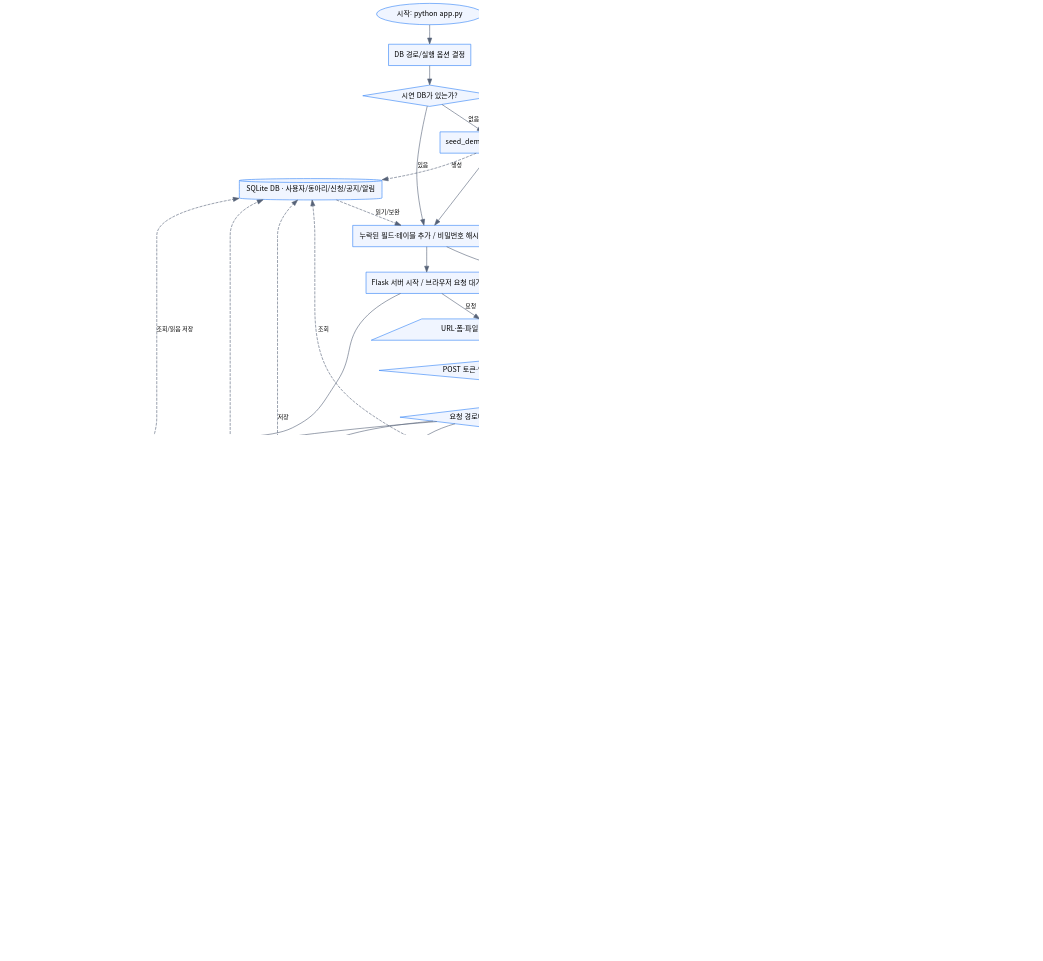
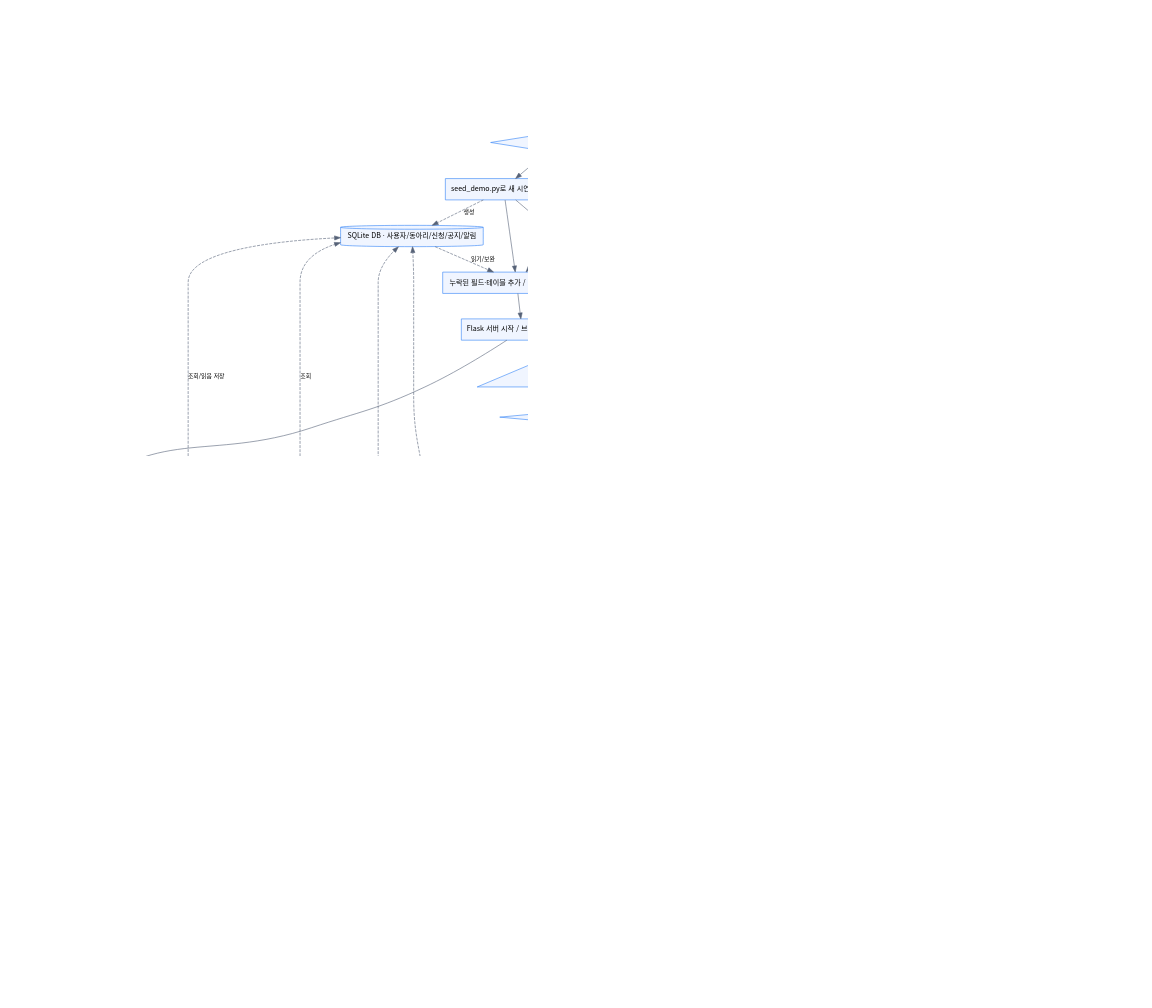
One commit to jongjong123alt/testest changed the diagram in projects/kdu-club/submission/01_flowchart/flowchart.dot. Above: the diagram before and after it, drawn with Graphviz. The commit also changed 31 other files, not shown here.

```diff
--- a/projects/kdu-club/submission/01_flowchart/flowchart.dot
+++ b/projects/kdu-club/submission/01_flowchart/flowchart.dot
@@ -1,88 +1,103 @@
 digraph flow {
 graph [label="실선: 제어 흐름 / 점선: 데이터 조회·저장",fontname="Noto Sans CJK KR",fontsize=14,labelloc=b];
 graph [rankdir=TB,bgcolor="white",nodesep=0.35,ranksep=0.45,dpi=160];
 node [fontname="Noto Sans CJK KR",fontsize=12,style="filled",fillcolor="#F0F5FF",color="#3182F6",margin="0.12,0.08"];
 edge [fontname="Noto Sans CJK KR",fontsize=10,color="#566277"];
 S [label="시작: python app.py",shape=oval];
 D [label="DB 경로/실행 옵션 결정",shape=box];
 E [label="시연 DB가 있는가?",shape=diamond];
 SE [label="seed_demo.py로 새 시연 DB 생성",shape=box];
 DB [label="SQLite DB · 사용자/동아리/신청/공지/알림",shape=cylinder];
 MG [label="누락된 필드·테이블 추가 / 비밀번호 해시 보완",shape=box];
 RUN [label="Flask 서버 시작 / 브라우저 요청 대기",shape=box];
 IN [label="URL·폼·파일 입력 / GET 또는 POST",shape=parallelogram];
 CS [label="POST 토큰·역할/소유자 권한 유효?",shape=diamond];
 ERR [label="400/403/404/409/413 오류 또는 입력 오류 안내",shape=parallelogram];
 MENU [label="요청 경로에 따라 기능 선택",shape=diamond];
 LOGIN [label="로그인/회원가입: 입력 검증·비밀번호 해시 확인",shape=box];
 ROLE [label="로그인 성공? / 학생·교수 역할 구분",shape=diamond];
 ST [label="학생: 탐색·내 활동·알림",shape=box];
 PR [label="교수: 개설 신청 검토",shape=box];
 SEARCH [label="목록·상세: 검색/필터·찜·일정·질문 조회",shape=box];
 APPLY [label="가입 신청/취소: 모집 중·중복·대기 여부 검사",shape=box];
 CREATE [label="개설/재신청: 이름·분야·소개 검증 / PDF 선택",shape=box];
 OWNER [label="개설자: 모집·부원·공지·일정·Q&A 관리",shape=box];
 VAL [label="입력·첨부 형식/용량·정원·상태 조건 충족?",shape=diamond];
 TX [label="DB 변경 / 필요한 파일 저장 / 실패 시 롤백",shape=box];
 NOTIFY [label="심사 대기 상태 변경인가?",shape=diamond];
 N [label="신청자에게 결과 알림 1회 기록",shape=box];
 VIEW [label="HTML/JSON 응답 / 화면 이동",shape=parallelogram];
 READ [label="알림 조회·읽음: 사용자별 범위 확인",shape=box];
 LOGOUT [label="로그아웃: 세션 삭제 후 초기 화면",shape=box];
 ENDQ [label="서버 종료 요청(Ctrl+C)?",shape=diamond];
 END [label="요청 DB 연결 종료 / 서버 중단",shape=oval];
-S -> D;
+DEP [label="현재 Python의 라이브러리 준비 완료?",shape=diamond];
+ENV [label="프로젝트 .venv 생성 또는 재사용",shape=box];
+LOCAL [label="전용 환경의 라이브러리 준비 완료?",shape=diamond];
+INSTALL [label="pip 준비 / requirements.txt 자동 설치 / 재확인",shape=box];
+RESTART [label="전용 Python으로 같은 실행 인자 재시작",shape=box];
+S -> DEP;
+DEP -> D [label="예"];
+DEP -> ENV [label="아니오"];
+ENV -> LOCAL;
+LOCAL -> RESTART [label="예"];
+LOCAL -> INSTALL [label="아니오"];
+INSTALL -> RESTART [label="성공"];
+RESTART -> DEP;
+ENV -> BOOTERR [label="실패"];
+INSTALL -> BOOTERR [label="실패 또는 중단"];
+S -> BOOTERR [label="Python 버전 / 필수 파일 오류"];
 D -> E;
 E -> SE [label="없음"];
 E -> MG [label="있음"];
 SE -> MG;
 SE -> DB [label="생성",style=dashed];
 DB -> MG [label="읽기/보완",style=dashed];
 MG -> RUN;
 RUN -> IN [label="요청"];
 IN -> CS;
 CS -> ERR [label="아니오"];
 CS -> MENU [label="예 또는 일반 GET"];
 MENU -> LOGIN [label="로그인/가입"];
 LOGIN -> ROLE;
 ROLE -> ERR [label="실패"];
 ROLE -> ST [label="학생"];
 ROLE -> PR [label="교수"];
 ST -> VIEW;
 PR -> VIEW [label="조회",style=dashed];
 PR -> VAL [label="심사 POST"];
 MENU -> SEARCH [label="탐색/상세"];
 SEARCH -> DB [label="조회",style=dashed];
 SEARCH -> VIEW;
 MENU -> APPLY [label="가입/취소"];
 MENU -> CREATE [label="개설/재신청"];
 MENU -> OWNER [label="동아리 관리"];
 APPLY -> VAL;
 CREATE -> VAL;
 OWNER -> VAL [label="변경 POST"];
 OWNER -> VIEW [label="조회 GET"];
 VAL -> ERR [label="아니오"];
 VAL -> TX [label="예"];
 TX -> DB [label="저장",style=dashed];
 TX -> ERR [label="예외 / 롤백"];
 TX -> NOTIFY [label="성공"];
 NOTIFY -> N [label="심사 상태 변경"];
 NOTIFY -> VIEW [label="일반 저장/이미 처리됨"];
 N -> DB [label="알림 저장",style=dashed];
 N -> VIEW;
 MENU -> READ [label="알림"];
 READ -> DB [label="조회/읽음 저장",style=dashed];
 READ -> VIEW;
 MENU -> LOGOUT [label="로그아웃"];
 LOGOUT -> VIEW;
 ERR -> VIEW [label="입력 유지 / 안내"];
 VIEW -> ENDQ [label="요청 DB 연결 닫기"];
 ENDQ -> RUN [label="계속"];
 ENDQ -> END [label="종료"];
 BOOTERR [label="시작 단계 오류를 터미널에 출력",shape=parallelogram];
 BOOTEND [label="서버 시작 중단",shape=oval];
 SE -> BOOTERR [label="생성 실패"];
 MG -> BOOTERR [label="DB 보완 실패"];
 BOOTERR -> BOOTEND;
 RUN -> END [label="Ctrl+C"];
 }
```
